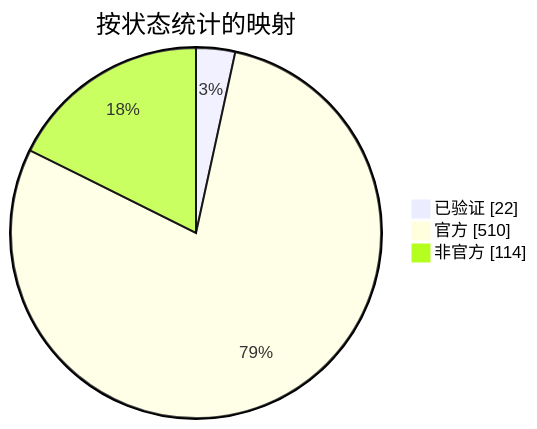
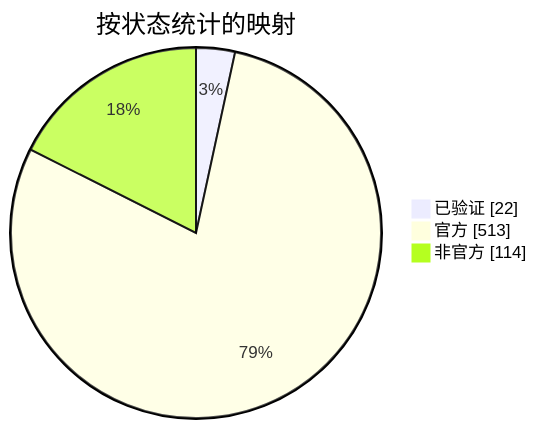
The diagram in docs/readme/README_ZHS.md (nobrega8/mbmap-library), drawn with Mermaid before and after one commit. The commit also changed 8 other files, not shown here.

````diff
--- a/docs/readme/README_ZHS.md
+++ b/docs/readme/README_ZHS.md
@@ -54,7 +54,7 @@
 ```mermaid
 pie showData
     title 按状态统计的映射
     "已验证" : 22
-    "官方" : 510
+    "官方" : 513
     "非官方" : 114
 ```
````
